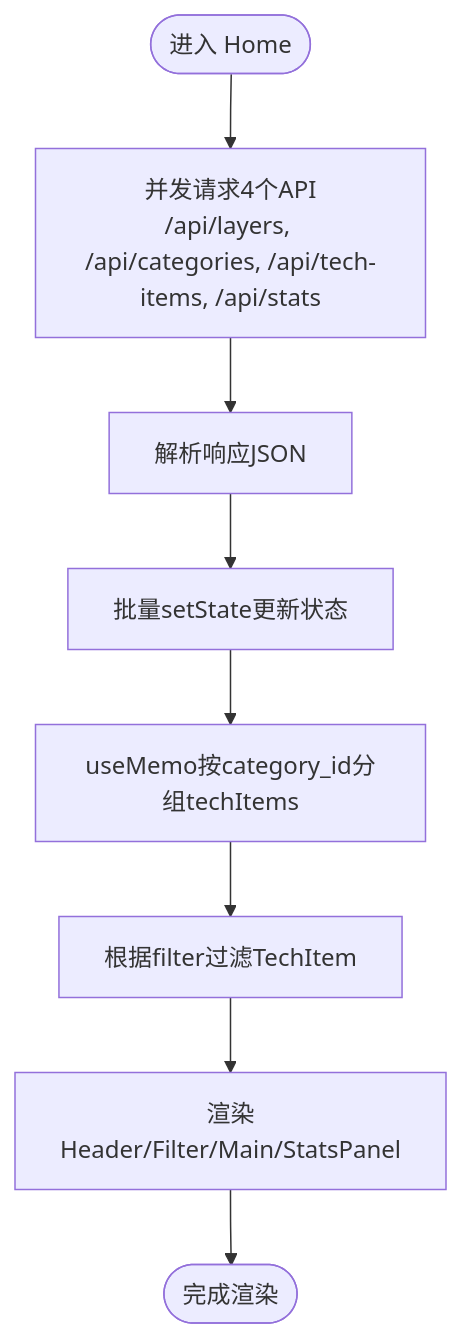
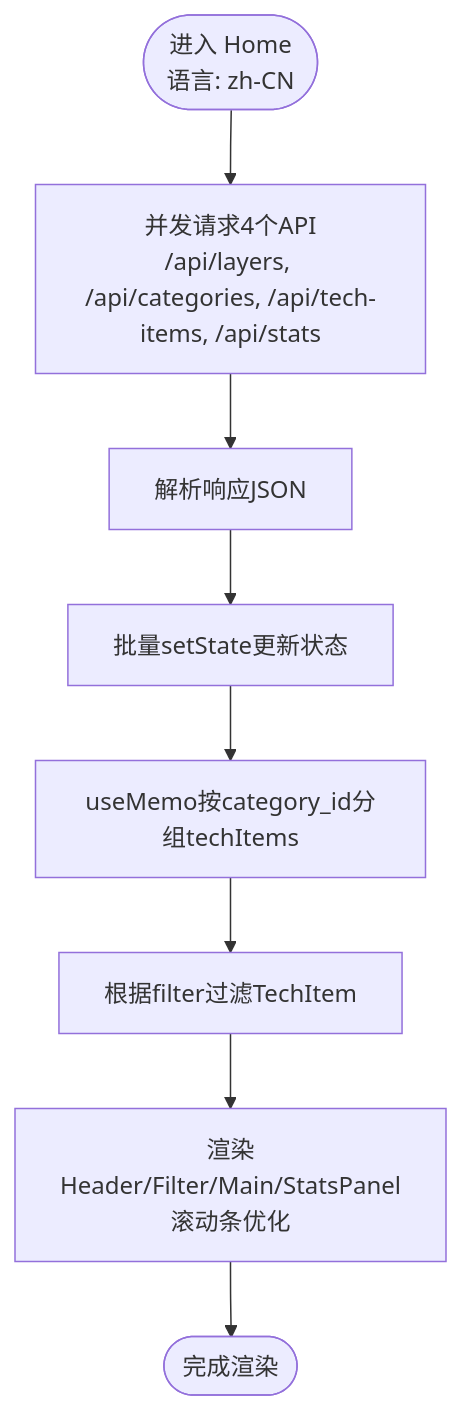
Before and after one commit to tutusiji/lantu-next: the third of 6 diagrams in .qoder/repowiki/zh/content/系统架构/前端架构.md, drawn with Mermaid. The commit also changed other lines of this file and 22 other files, not shown here.

````diff
--- a/.qoder/repowiki/zh/content/系统架构/前端架构.md
+++ b/.qoder/repowiki/zh/content/系统架构/前端架构.md
@@ -237,10 +251,10 @@
 ```mermaid
 flowchart TD
-Start(["进入 Home"]) --> Fetch["并发请求4个API<br/>/api/layers, /api/categories, /api/tech-items, /api/stats"]
+Start(["进入 Home<br/>语言: zh-CN"]) --> Fetch["并发请求4个API<br/>/api/layers, /api/categories, /api/tech-items, /api/stats"]
 Fetch --> Parse["解析响应JSON"]
 Parse --> BatchSet["批量setState更新状态"]
 BatchSet --> Group["useMemo按category_id分组techItems"]
 Group --> Filter["根据filter过滤TechItem"]
-Filter --> Render["渲染Header/Filter/Main/StatsPanel"]
+Filter --> Render["渲染Header/Filter/Main/StatsPanel<br/>滚动条优化"]
 Render --> End(["完成渲染"])
 ```
````
